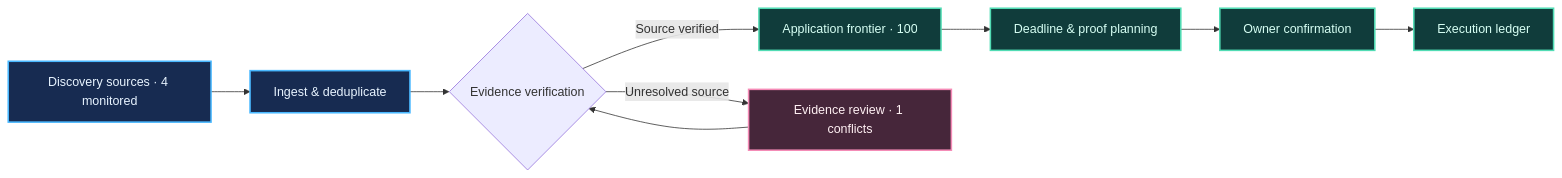
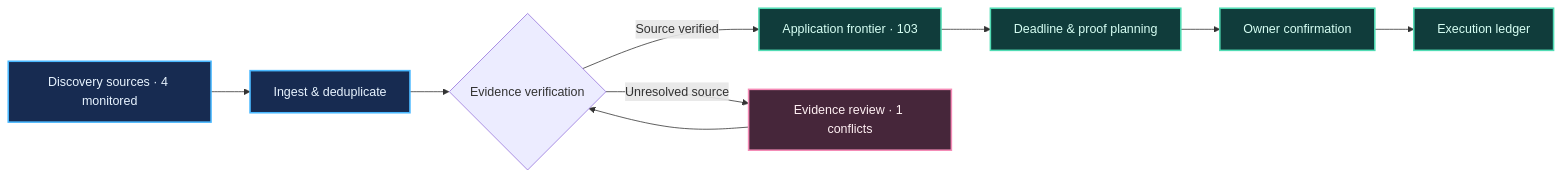
One commit to Armanasq/phd_tracker changed the diagram in docs/diagrams/pipeline.mmd. Above: the diagram before and after it, drawn with Mermaid. The commit also changed 41 other files, not shown here.

```diff
--- a/docs/diagrams/pipeline.mmd
+++ b/docs/diagrams/pipeline.mmd
@@ -1,15 +1,15 @@
 flowchart LR
     A["Discovery sources · 4 monitored"] --> B["Ingest & deduplicate"]
     B --> C{"Evidence verification"}
-    C -->|"Source verified"| D["Application frontier · 100"]
+    C -->|"Source verified"| D["Application frontier · 103"]
     C -->|"Unresolved source"| E["Evidence review · 1 conflicts"]
     E --> C
     D --> F["Deadline & proof planning"]
     F --> G["Owner confirmation"]
     G --> H["Execution ledger"]
     classDef source fill:#172b51,color:#e8f4ff,stroke:#49b8ff,stroke-width:2px
     classDef verified fill:#103c3b,color:#d7fff4,stroke:#51dcb4,stroke-width:2px
     classDef attention fill:#46263a,color:#fff0f3,stroke:#f58bb7,stroke-width:2px
     class A,B source
     class D,F,G,H verified
     class E attention
```
